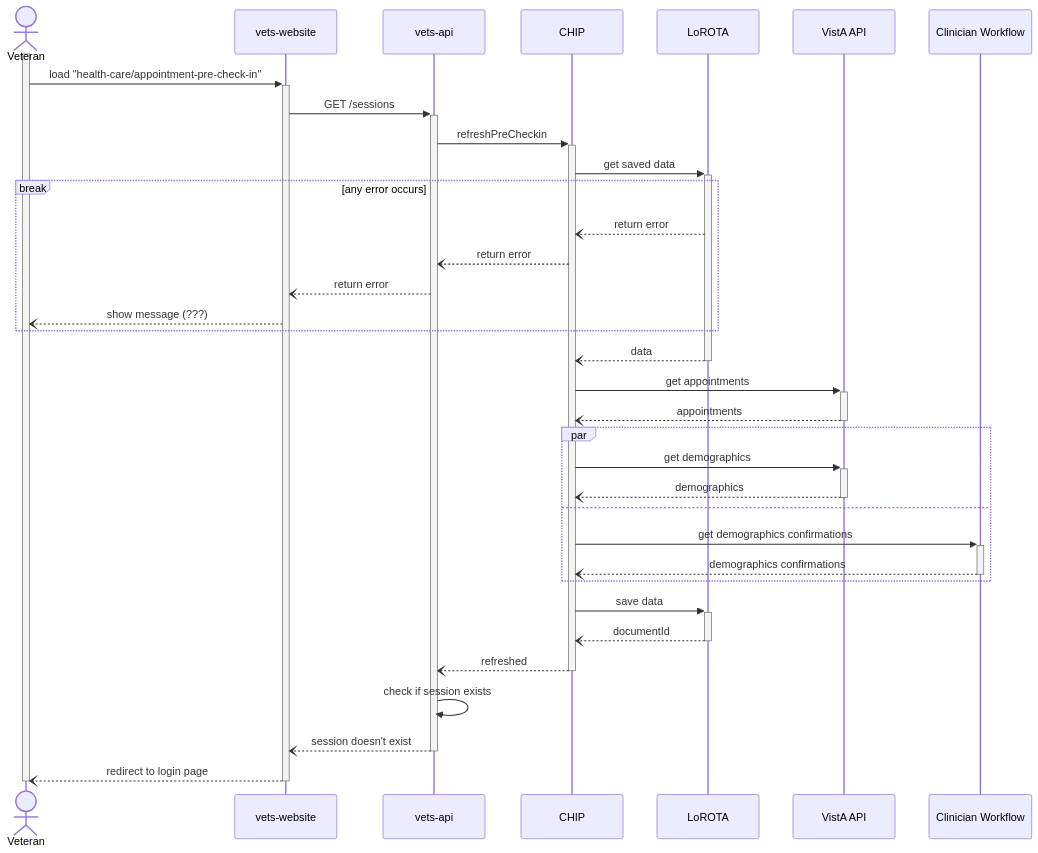
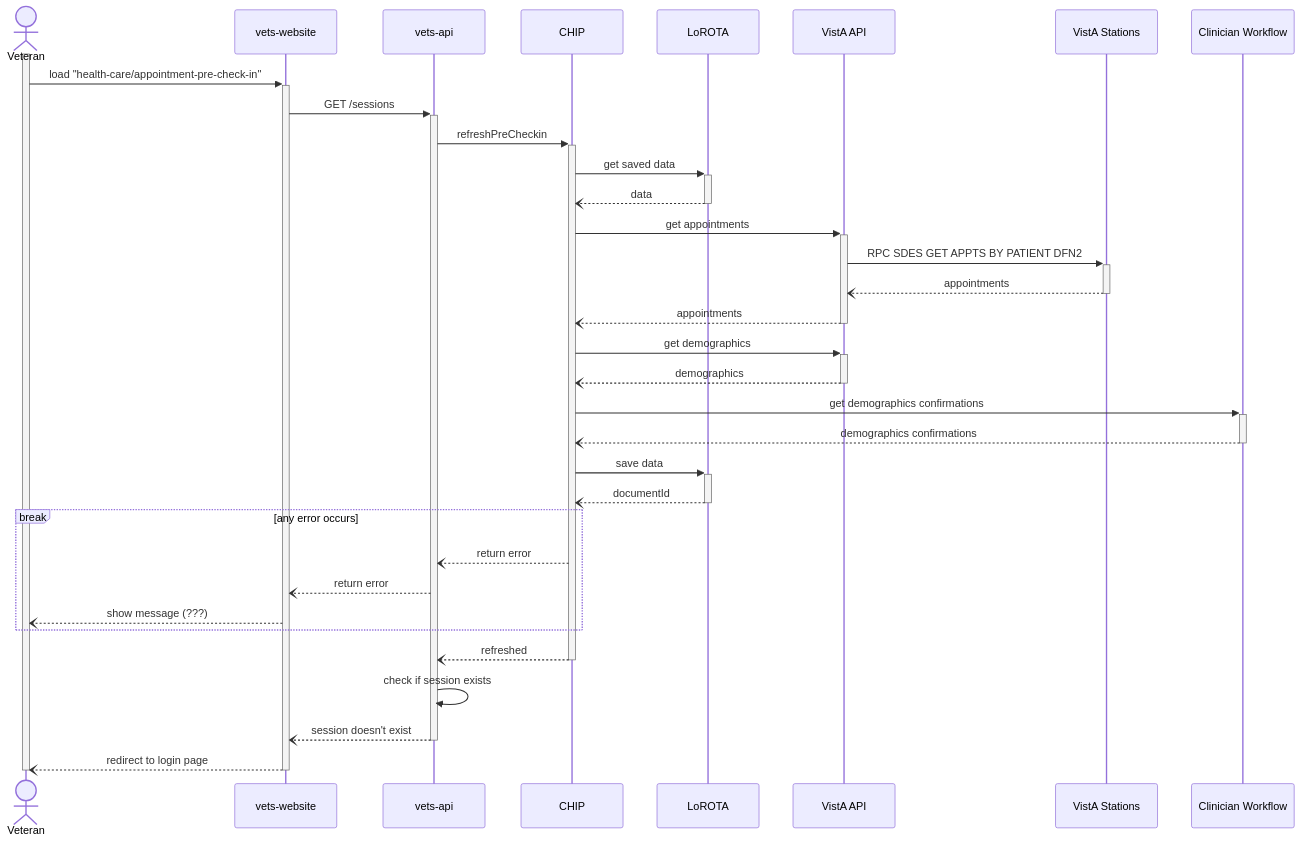
One commit to department-of-veterans-affairs/va.gov-team changed the third of 5 diagrams in products/health-care/checkin/engineering/architecture-diagrams/sequenceDiagram_preCheckInExp.md. Above: the diagram before and after it, drawn with Mermaid.

````diff
--- a/products/health-care/checkin/engineering/architecture-diagrams/sequenceDiagram_preCheckInExp.md
+++ b/products/health-care/checkin/engineering/architecture-diagrams/sequenceDiagram_preCheckInExp.md
@@ -86,42 +86,45 @@
 ```mermaid
 sequenceDiagram
   actor vet as Veteran
   participant web as vets-website
   participant api as vets-api
   participant c as CHIP
   participant l as LoROTA
   participant va as VistA API
+  participant val as VistA Stations
   participant cw as Clinician Workflow
 
   activate vet
 
   vet->>+web: load "health-care/appointment-pre-check-in"
   web->>+api: GET /sessions
   api->>+c: refreshPreCheckin
 
   c->>+l: get saved data
+  l--)-c: data
+
+  c->>+va: get appointments
+  va->>+val: RPC SDES GET APPTS BY PATIENT DFN2
+  val--)-va: appointments
+  va--)-c: appointments
+
+  c->>+va: get demographics
+  va--)-c: demographics
+  c->>+cw: get demographics confirmations
+  cw--)-c: demographics confirmations
+
+  c->>+l: save data
+  l--)-c: documentId
+
   break any error occurs
-    l--)c: return error
     c--)api: return error
     api--)web: return error
     web--)vet: show message (???)
   end
-  l--)-c: data
 
-  c->>+va: get appointments
-  va--)-c: appointments
-  par
-    c->>+va: get demographics
-    va--)-c: demographics
-  and
-    c->>+cw: get demographics confirmations
-    cw--)-c: demographics confirmations
-  end
-  c->>+l: save data
-  l--)-c: documentId
   c--)-api: refreshed
   api->>api: check if session exists
   api--)-web: session doesn't exist
   web--)-vet: redirect to login page
   deactivate vet
 ```
````
